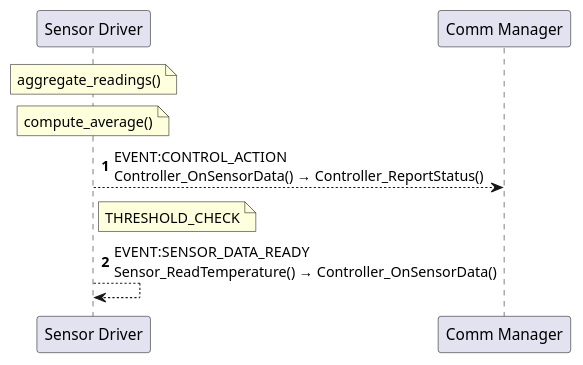
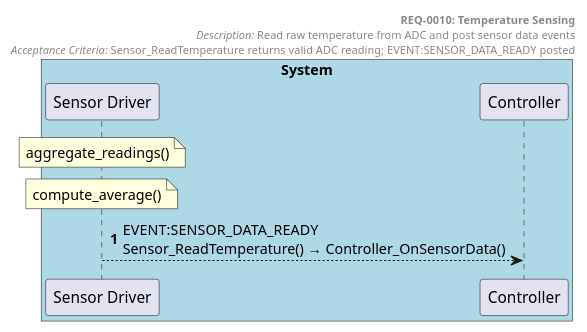
One commit to tvanfossen/doxygen-guard-example changed the diagram in docs/generated/sequences/REQ-0010.puml. Above: the diagram before and after it, drawn with PlantUML. The commit also changed 31 other files, not shown here.

First line of the commit message:
Expand examples: dual requirements, OTA flow, event bus, shadow sync

```diff
--- a/docs/generated/sequences/REQ-0010.puml
+++ b/docs/generated/sequences/REQ-0010.puml
@@ -1,14 +1,20 @@
-@startuml REQ-0010
+@startuml REQ-0010 Temperature Sensing
 autonumber
 
-participant "Sensor Driver" as Sensor_Driver
-participant "Comm Manager" as Comm_Manager
+box "System" #LightBlue
+  participant "Sensor Driver" as Sensor_Driver
+  participant "Controller" as Controller
+end box
+
+header
+  **REQ-0010: Temperature Sensing**
+  //Description:// Read raw temperature from ADC and post sensor data events
+  //Acceptance Criteria:// Sensor_ReadTemperature returns valid ADC reading; EVENT:SENSOR_DATA_READY posted
+end header
 
 note over Sensor_Driver: aggregate_readings()
 note over Sensor_Driver: compute_average()
 
-Sensor_Driver --> Comm_Manager: EVENT:CONTROL_ACTION\nController_OnSensorData() → Controller_ReportStatus()
-note right of Sensor_Driver: THRESHOLD_CHECK
-Sensor_Driver --> Sensor_Driver: EVENT:SENSOR_DATA_READY\nSensor_ReadTemperature() → Controller_OnSensorData()
+Sensor_Driver --> Controller: EVENT:SENSOR_DATA_READY\nSensor_ReadTemperature() → Controller_OnSensorData()
 
 @enduml
```
